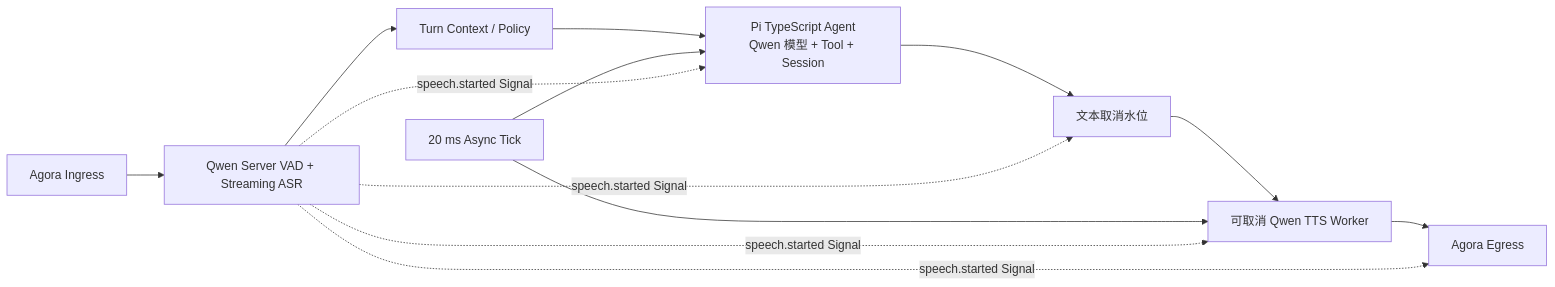
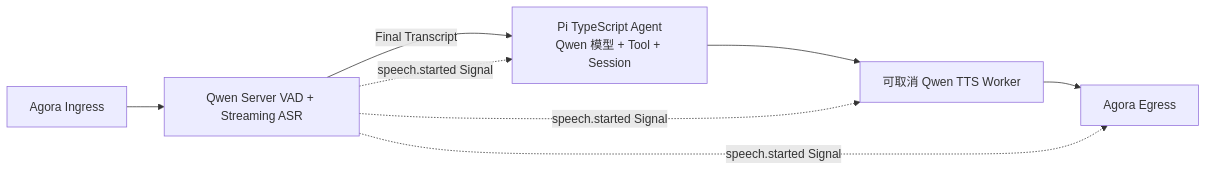
The second of 3 diagrams in docs/site/zh/voice-architecture.md (PiyotaHu/muxiva), drawn with Mermaid before and after one commit. The commit also changed other lines of this file and 108 other files, not shown here.

````diff
--- a/docs/site/zh/voice-architecture.md
+++ b/docs/site/zh/voice-architecture.md
@@ -29,15 +29,10 @@
 ```mermaid
 flowchart LR
     IN["Agora Ingress"] --> ASR["Qwen Server VAD + Streaming ASR"]
-    ASR --> FUSION["Turn Context / Policy"]
-    FUSION --> AGENT["Pi TypeScript Agent<br/>Qwen 模型 + Tool + Session"]
-    CLOCK["20 ms Async Tick"] --> AGENT
-    AGENT --> GATE["文本取消水位"]
-    GATE --> TTS["可取消 Qwen TTS Worker"]
-    CLOCK --> TTS
+    ASR -->|"Final Transcript"| AGENT["Pi TypeScript Agent<br/>Qwen 模型 + Tool + Session"]
+    AGENT --> TTS["可取消 Qwen TTS Worker"]
     TTS --> OUT["Agora Egress"]
     ASR -. "speech.started Signal" .-> AGENT
     ASR -. "speech.started Signal" .-> TTS
-    ASR -. "speech.started Signal" .-> GATE
     ASR -. "speech.started Signal" .-> OUT
 ```
````
